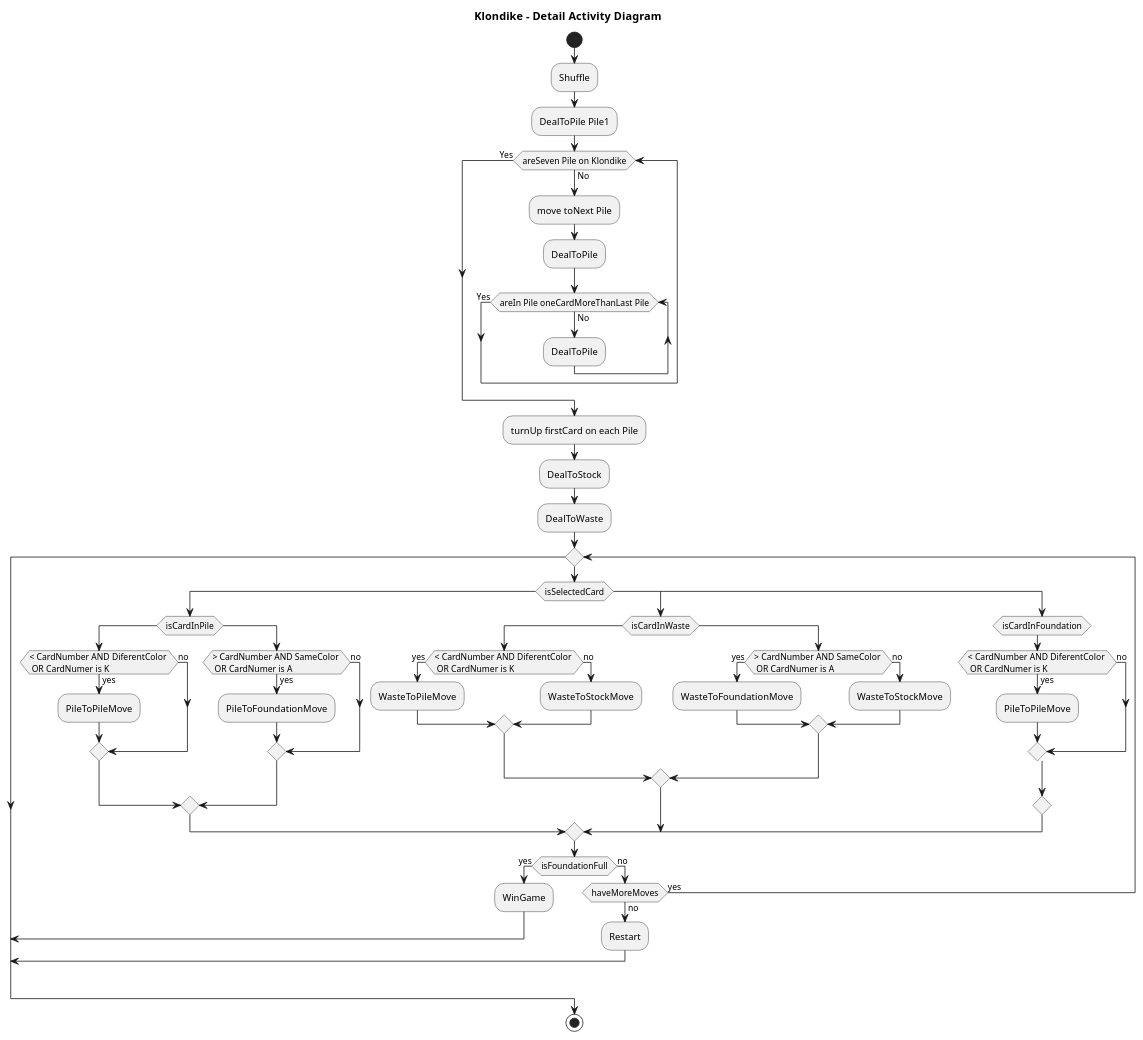
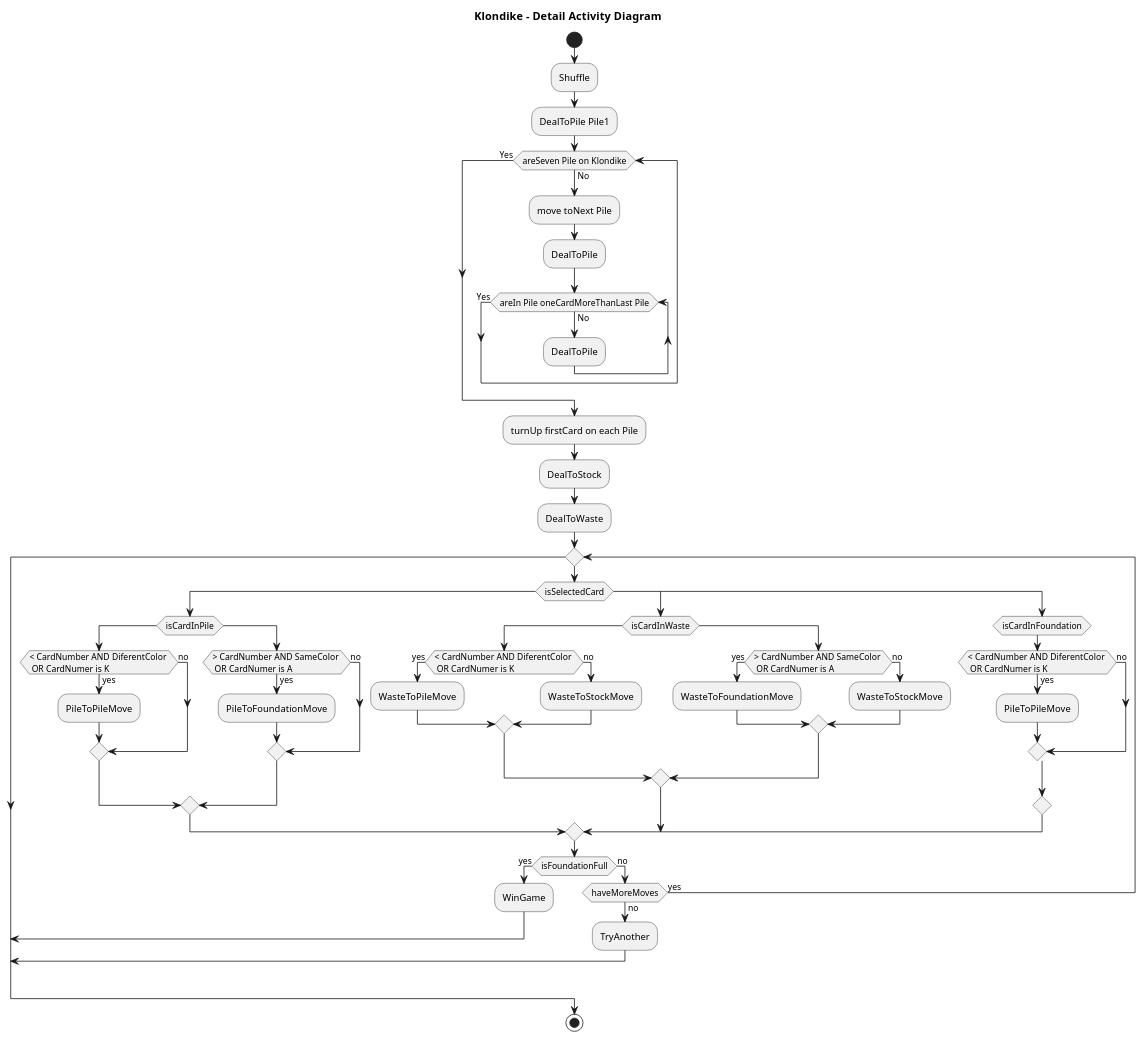
The diagram in 1 Modelo de Dominio/05_Diagrama de actividades detallado.plantuml (AngelOS95P/Maestria_IngSoftware_grupo6), drawn with PlantUML before and after one commit. The commit also changed 11 other files, not shown here.

```diff
--- a/1 Modelo de Dominio/05_Diagrama de actividades detallado.plantuml
+++ b/1 Modelo de Dominio/05_Diagrama de actividades detallado.plantuml
@@ -1,76 +1,76 @@
 @startuml DetailActivityDiagram
 title Klondike  - Detail Activity Diagram
 !pragma layout smetana
 
 start
 
 :Shuffle;
 :DealToPile Pile1;
 
 while (areSeven Pile on Klondike)  is (No)
   :move toNext Pile;
   :DealToPile;
   while (areIn Pile oneCardMoreThanLast Pile)  is (No)
     :DealToPile;
   endwhile (Yes)
 endwhile (Yes)
 
 :turnUp firstCard on each Pile;
 :DealToStock;
 :DealToWaste;
 
 while ()
   switch (isSelectedCard)
     case ()
       switch (isCardInPile)
         case ()
           if (< CardNumber AND DiferentColor \n OR CardNumer is K) then (yes)
            :PileToPileMove;
           else (no)
           endif
         case ()
           if (> CardNumber AND SameColor \n OR CardNumer is A) then (yes)
            :PileToFoundationMove;
           else (no)
           endif
       endswitch
     case ()
       switch (isCardInWaste)
         case ()
           if (< CardNumber AND DiferentColor \n OR CardNumer is K) then (yes)
            :WasteToPileMove;
           else (no)
             :WasteToStockMove;
           endif
         case ()
           if (> CardNumber AND SameColor \n OR CardNumer is A) then (yes)
            :WasteToFoundationMove;
           else (no)
             :WasteToStockMove;
           endif
       endswitch
     case ()
       switch (isCardInFoundation)
         case ()
           if (< CardNumber AND DiferentColor \n OR CardNumer is K) then (yes)
            :PileToPileMove;
           else (no)
           endif
       endswitch
   endswitch
 
   if (isFoundationFull) then (yes)
     :WinGame;
     break;
   else (no)
     if (haveMoreMoves) then (no)
-      :Restart;
+      :TryAnother;
       break;
     else (yes)
     endif
   endif
 endwhile
 
 stop
 
 @enduml
```
